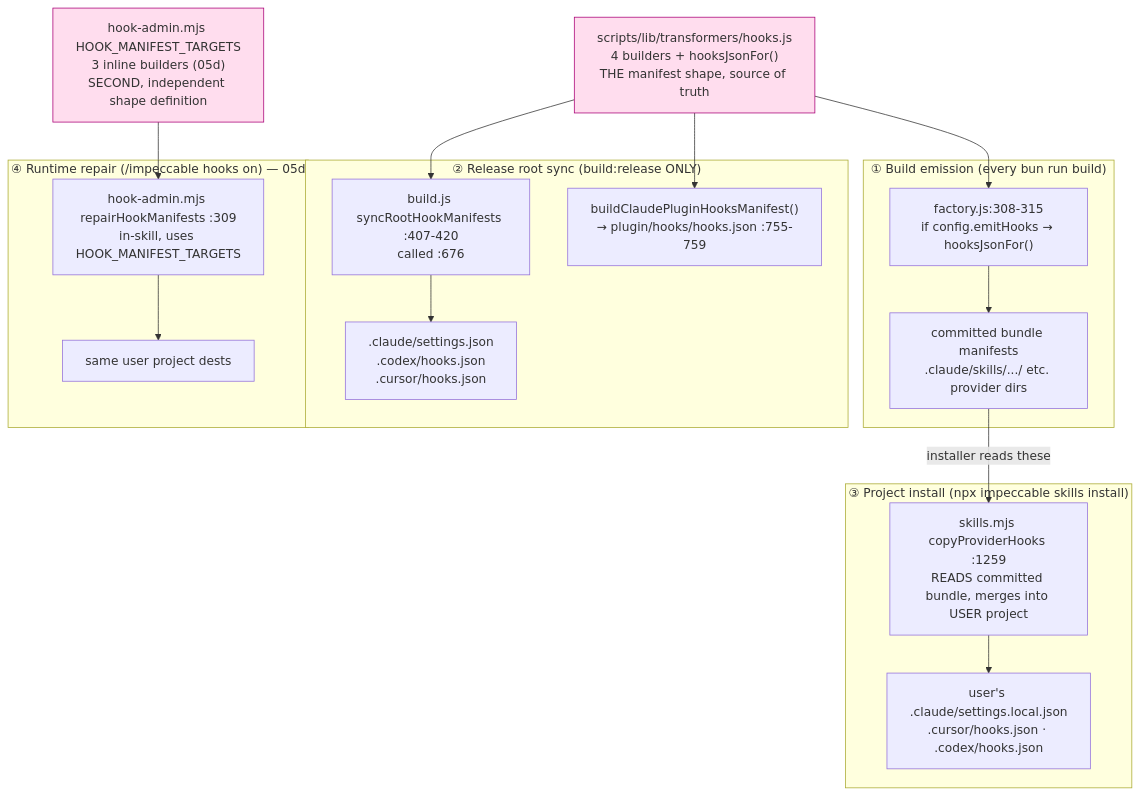
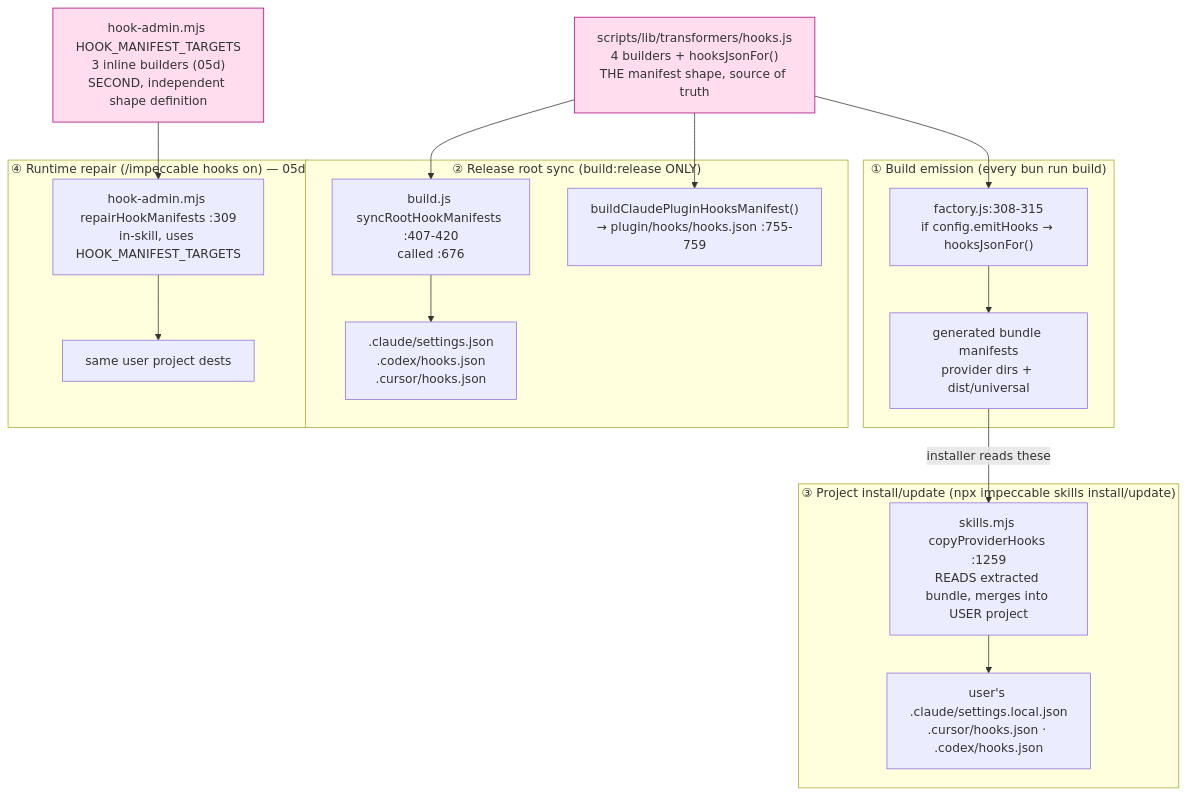
The first of 2 diagrams in audit/impeccable/reports/05-hook-system/05e-manifest-generation-and-install.md (martinmoradi/yoinkit), drawn with Mermaid before and after one commit. The commit also changed other lines of this file and 28 other files, not shown here.

````diff
--- a/audit/impeccable/reports/05-hook-system/05e-manifest-generation-and-install.md
+++ b/audit/impeccable/reports/05-hook-system/05e-manifest-generation-and-install.md
@@ -36,35 +36,35 @@
 ```mermaid
 flowchart TD
   HBUILD["scripts/lib/transformers/hooks.js\n4 builders + hooksJsonFor()\nTHE manifest shape, source of truth"]
   HADMIN["hook-admin.mjs HOOK_MANIFEST_TARGETS\n3 inline builders (05d)\nSECOND, independent shape definition"]
 
   subgraph PATH1["① Build emission (every bun run build)"]
     FAC["factory.js:308-315\nif config.emitHooks → hooksJsonFor()"]
-    BUNDLE["committed bundle manifests\n.claude/skills/.../ etc. provider dirs"]
+    BUNDLE["generated bundle manifests\nprovider dirs + dist/universal"]
   end
 
   subgraph PATH2["② Release root sync (build:release ONLY)"]
     SYNC["build.js syncRootHookManifests :407-420\ncalled :676"]
     ROOT[".claude/settings.json\n.codex/hooks.json\n.cursor/hooks.json"]
     PLUG["buildClaudePluginHooksManifest()\n→ plugin/hooks/hooks.json :755-759"]
   end
 
-  subgraph PATH3["③ Project install (npx impeccable skills install)"]
-    INSTALL["skills.mjs copyProviderHooks :1259\nREADS committed bundle, merges into USER project"]
+  subgraph PATH3["③ Project install/update (npx impeccable skills install/update)"]
+    INSTALL["skills.mjs copyProviderHooks :1259\nREADS extracted bundle, merges into USER project"]
     USERPROJ["user's .claude/settings.local.json\n.cursor/hooks.json · .codex/hooks.json"]
   end
 
   subgraph PATH4["④ Runtime repair (/impeccable hooks on) — 05d"]
     REPAIR["hook-admin.mjs repairHookManifests :309\nin-skill, uses HOOK_MANIFEST_TARGETS"]
     USERPROJ2["same user project dests"]
   end
 
   HBUILD --> FAC --> BUNDLE
   HBUILD --> SYNC --> ROOT
   HBUILD --> PLUG
   BUNDLE -->|installer reads these| INSTALL --> USERPROJ
   HADMIN --> REPAIR --> USERPROJ2
 
   classDef src fill:#fde,stroke:#a07
   class HBUILD,HADMIN src
 ```
````
